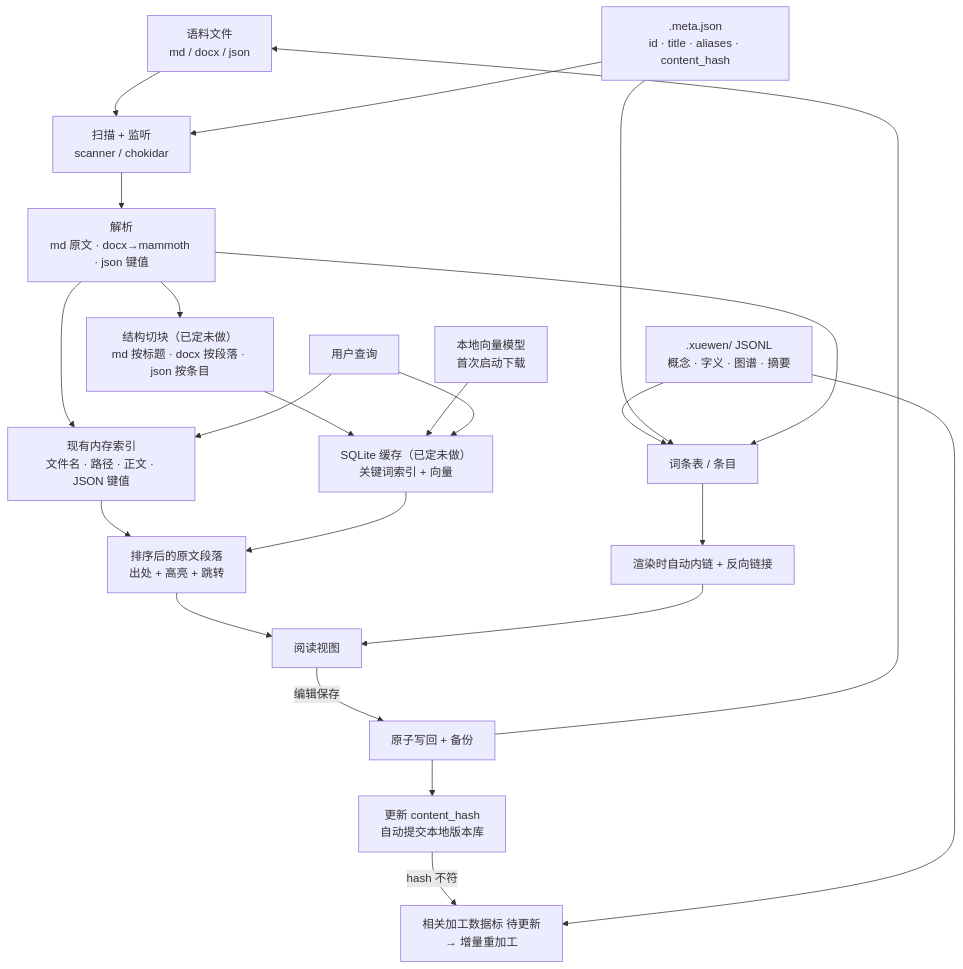
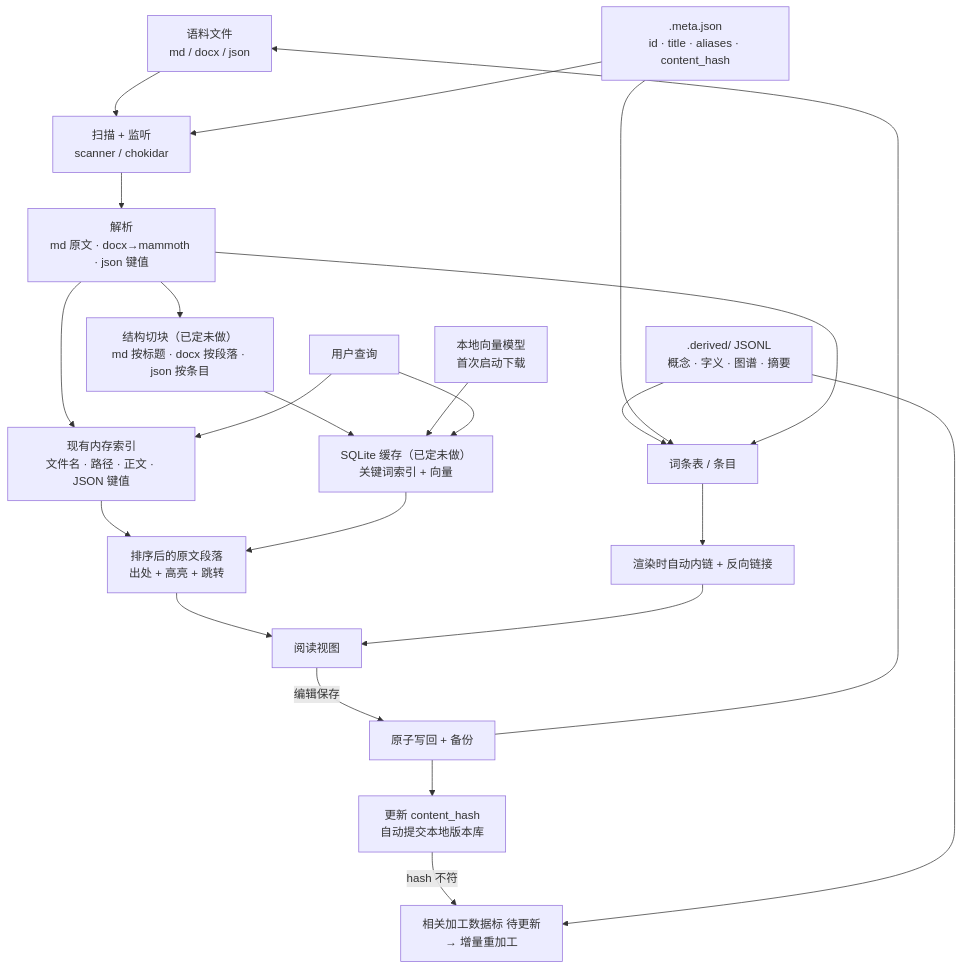
The second of 2 diagrams in docs/ARCHITECTURE.md (misakaikato/xuewen-workbench), drawn with Mermaid before and after one commit. The commit also changed other lines of this file and 5 other files, not shown here.

First line of the commit message:
♻️ refactor(derived): 加工数据目录 .xuewen → .derived

````diff
--- a/docs/ARCHITECTURE.md
+++ b/docs/ARCHITECTURE.md
@@ -89,23 +89,23 @@
 ```mermaid
 flowchart TB
   F["语料文件<br/>md / docx / json"] --> S["扫描 + 监听<br/>scanner / chokidar"]
   M[".meta.json<br/>id · title · aliases · content_hash"] --> S
   S --> P["解析<br/>md 原文 · docx→mammoth · json 键值"]
   P --> K["结构切块（已定未做）<br/>md 按标题 · docx 按段落 · json 按条目"]
   P --> I1["现有内存索引<br/>文件名 · 路径 · 正文 · JSON 键值"]
   K --> I2["SQLite 缓存（已定未做）<br/>关键词索引 + 向量"]
   EM["本地向量模型<br/>首次启动下载"] --> I2
-  X[".xuewen/ JSONL<br/>概念 · 字义 · 图谱 · 摘要"] --> T["词条表 / 条目"]
+  X[".derived/ JSONL<br/>概念 · 字义 · 图谱 · 摘要"] --> T["词条表 / 条目"]
   M --> T
   P --> T
   Q["用户查询"] --> I1 & I2
   I1 & I2 --> R["排序后的原文段落<br/>出处 + 高亮 + 跳转"]
   T --> L["渲染时自动内链 + 反向链接"]
   R --> V["阅读视图"]
   L --> V
   V -->|编辑保存| W["原子写回 + 备份"]
   W --> F
   W --> H["更新 content_hash<br/>自动提交本地版本库"]
   H -->|hash 不符| U["相关加工数据标 待更新<br/>→ 增量重加工"]
   X --> U
 ```
````
